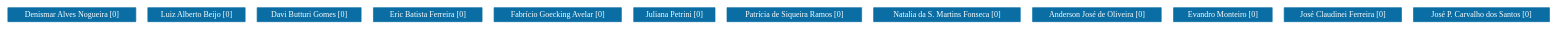
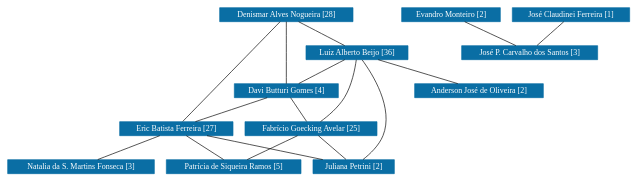
The diagram in PPGEAB/grafoDeColaboracoesSemPesos.dot (icamps/unifal-lattes.github.io), drawn with Graphviz before and after one commit. The commit also changed 783 other files, not shown here.

```diff
--- a/PPGEAB/grafoDeColaboracoesSemPesos.dot
+++ b/PPGEAB/grafoDeColaboracoesSemPesos.dot
@@ -1,95 +1,111 @@
 strict graph grafo1 {
-	graph [bb="0,0,1916.5,21",
+	graph [bb="0,0,764.5,249",
 		id=grafo1,
 		overlap=False
 	];
 	node [fontsize=12,
 		label="\N",
 		shape=rectangle,
 		style=filled
 	];
 	0	 [URL="membro-3858924778362309.html",
 		color="#0A6EA4",
 		fontcolor="#FFFFFF",
 		height=0.29167,
-		label="Denismar Alves Nogueira [0]",
-		pos="77.5,10.5",
-		width=2.1528];
+		label="Denismar Alves Nogueira [28]",
+		pos="335,238.5",
+		width=2.2361];
 	1	 [URL="membro-8194104388434526.html",
 		color="#0A6EA4",
 		fontcolor="#FFFFFF",
 		height=0.29167,
-		label="Luiz Alberto Beijo [0]",
-		pos="234.5,10.5",
-		width=1.6944];
+		label="Luiz Alberto Beijo [36]",
+		pos="428,181.5",
+		width=1.7778];
+	0 -- 1	 [pos="352.49,227.78 369.12,217.59 393.98,202.35 410.59,192.17"];
 	2	 [URL="membro-0326922176762825.html",
 		color="#0A6EA4",
 		fontcolor="#FFFFFF",
 		height=0.29167,
-		label="Davi Butturi Gomes [0]",
-		pos="378.5,10.5",
+		label="Davi Butturi Gomes [4]",
+		pos="335,124.5",
 		width=1.8056];
+	0 -- 2	 [pos="335,227.98 335,206.37 335,157.19 335,135.33"];
 	3	 [URL="membro-9965398009651936.html",
 		color="#0A6EA4",
 		fontcolor="#FFFFFF",
 		height=0.29167,
-		label="Eric Batista Ferreira [0]",
-		pos="526.5,10.5",
-		width=1.8056];
+		label="Eric Batista Ferreira [27]",
+		pos="204,67.5",
+		width=1.8889];
+	0 -- 3	 [pos="326.81,227.8 303.28,197.09 235.71,108.9 212.19,78.193"];
+	1 -- 2	 [pos="410.51,170.78 393.88,160.59 369.02,145.35 352.41,135.17"];
 	4	 [URL="membro-6886514520601172.html",
 		color="#0A6EA4",
 		fontcolor="#FFFFFF",
 		height=0.29167,
-		label="Fabrício Goecking Avelar [0]",
-		pos="686.5,10.5",
-		width=2.1389];
+		label="Fabrício Goecking Avelar [25]",
+		pos="370,67.5",
+		width=2.2222];
+	1 -- 4	 [pos="426.45,170.92 424.12,157.18 418.9,132.73 409,114 401.81,100.4 390.14,87.187 381.43,78.345"];
 	5	 [URL="membro-9510541669291293.html",
 		color="#0A6EA4",
 		fontcolor="#FFFFFF",
 		height=0.29167,
-		label="Juliana Petrini [0]",
-		pos="832.5,10.5",
+		label="Juliana Petrini [2]",
+		pos="424,10.5",
 		width=1.4028];
+	1 -- 5	 [pos="434.79,170.68 447.58,148.87 472.77,98.195 459,57 454.32,43.009 443.6,29.852 435.24,21.128"];
+	8	 [URL="membro-1349156075777095.html",
+		color="#0A6EA4",
+		fontcolor="#FFFFFF",
+		height=0.29167,
+		label="Anderson José de Oliveira [2]",
+		pos="585,124.5",
+		width=2.1944];
+	1 -- 8	 [pos="457.16,170.91 485.36,160.67 527.85,145.25 555.99,135.03"];
+	2 -- 3	 [pos="310.67,113.91 287.14,103.67 251.69,88.25 228.2,78.031"];
+	2 -- 4	 [pos="341.58,113.78 347.84,103.59 357.2,88.348 363.45,78.173"];
+	3 -- 5	 [pos="244.61,56.979 284.09,46.75 343.73,31.297 383.26,21.056"];
 	6	 [URL="membro-7184150832649950.html",
 		color="#0A6EA4",
 		fontcolor="#FFFFFF",
 		height=0.29167,
-		label="Patrícia de Siqueira Ramos [0]",
-		pos="981.5,10.5",
+		label="Patrícia de Siqueira Ramos [5]",
+		pos="275,10.5",
 		width=2.2361];
+	3 -- 6	 [pos="217.35,56.779 230.05,46.588 249.03,31.348 261.71,21.173"];
 	7	 [URL="membro-3374954104030940.html",
 		color="#0A6EA4",
 		fontcolor="#FFFFFF",
 		height=0.29167,
-		label="Natalia da S. Martins Fonseca [0]",
-		pos="1168.5,10.5",
+		label="Natalia da S. Martins Fonseca [3]",
+		pos="88,10.5",
 		width=2.4444];
-	8	 [URL="membro-1349156075777095.html",
-		color="#0A6EA4",
-		fontcolor="#FFFFFF",
-		height=0.29167,
-		label="Anderson José de Oliveira [0]",
-		pos="1353.5,10.5",
-		width=2.1944];
+	3 -- 7	 [pos="182.45,56.912 161.62,46.674 130.23,31.25 109.43,21.031"];
+	4 -- 5	 [pos="380.16,56.779 389.81,46.588 404.25,31.348 413.89,21.173"];
+	4 -- 6	 [pos="352.13,56.779 335.15,46.588 309.75,31.348 292.79,21.173"];
 	9	 [URL="membro-3089568911577519.html",
 		color="#0A6EA4",
 		fontcolor="#FFFFFF",
 		height=0.29167,
-		label="Evandro Monteiro [0]",
-		pos="1510.5,10.5",
+		label="Evandro Monteiro [2]",
+		pos="543,238.5",
 		width=1.6667];
+	11	 [URL="membro-9393213180145144.html",
+		color="#0A6EA4",
+		fontcolor="#FFFFFF",
+		height=0.29167,
+		label="José P. Carvalho dos Santos [3]",
+		pos="643,181.5",
+		width=2.3056];
+	9 -- 11	 [pos="561.81,227.78 579.69,217.59 606.42,202.35 624.28,192.17"];
 	10	 [URL="membro-6808752952332925.html",
 		color="#0A6EA4",
 		fontcolor="#FFFFFF",
 		height=0.29167,
-		label="José Claudinei Ferreira [0]",
-		pos="1660.5,10.5",
+		label="José Claudinei Ferreira [1]",
+		pos="693,238.5",
 		width=1.9861];
-	11	 [URL="membro-9393213180145144.html",
-		color="#0A6EA4",
-		fontcolor="#FFFFFF",
-		height=0.29167,
-		label="José P. Carvalho dos Santos [0]",
-		pos="1833.5,10.5",
-		width=2.3056];
+	10 -- 11	 [pos="683.6,227.78 674.66,217.59 661.29,202.35 652.36,192.17"];
 }
```
